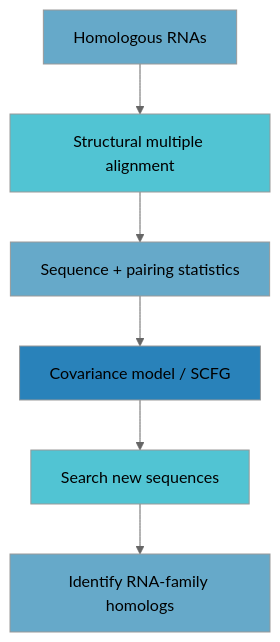
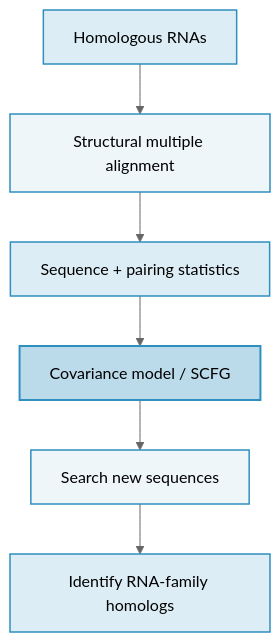
One commit to Lucas04-nhr/lucas04-nhr.github.io changed the first of 2 diagrams in docs/blog/bsa-rna-covariation-ngs.md. Above: the diagram before and after it, drawn with Mermaid (neutral theme). The commit also changed other lines of this file and 9 other files, not shown here.

First line of the commit message:
Move article figures to the design-system chart palette

````diff
--- a/docs/blog/bsa-rna-covariation-ngs.md
+++ b/docs/blog/bsa-rna-covariation-ngs.md
@@ -144,15 +144,15 @@
 ```mermaid
 flowchart TD
     A[Homologous RNAs] --> B[Structural multiple alignment]
     B --> C[Sequence + pairing statistics]
     C --> D[Covariance model / SCFG]
     D --> E[Search new sequences]
     E --> F[Identify RNA-family homologs]
 
-    style A fill:#66a9c9
-    style B fill:#51c4d3
-    style C fill:#66a9c9
-    style D fill:#2982ba
-    style E fill:#51c4d3
-    style F fill:#66a9c9
+    style A fill:#2f8fbf29,stroke:#2f8fbf,stroke-width:1.5px
+    style B fill:#2f8fbf14,stroke:#2f8fbf,stroke-width:1.5px
+    style C fill:#2f8fbf29,stroke:#2f8fbf,stroke-width:1.5px
+    style D fill:#2f8fbf52,stroke:#2f8fbf,stroke-width:2px
+    style E fill:#2f8fbf14,stroke:#2f8fbf,stroke-width:1.5px
+    style F fill:#2f8fbf29,stroke:#2f8fbf,stroke-width:1.5px
 ```
````
